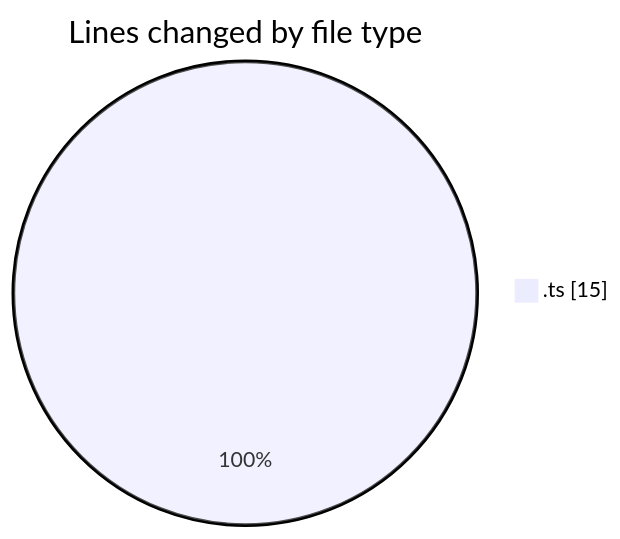
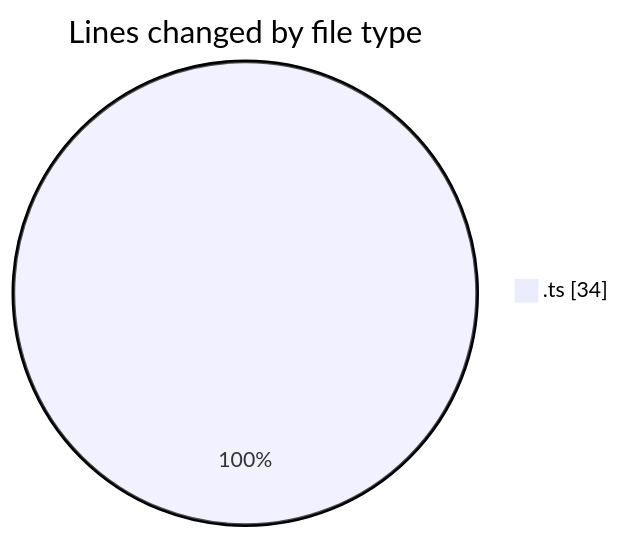
The first of 2 diagrams in 2025-10-23/cda/README.md (momahboobian/code-tracking), drawn with Mermaid before and after one commit. The commit also changed other lines of this file and 1 other file, not shown here.

````diff
--- a/2025-10-23/cda/README.md
+++ b/2025-10-23/cda/README.md
@@ -20,5 +21,5 @@
 ```mermaid
 pie showData
 title Lines changed by file type
-".ts" : 15
+".ts" : 34
 ```
````
